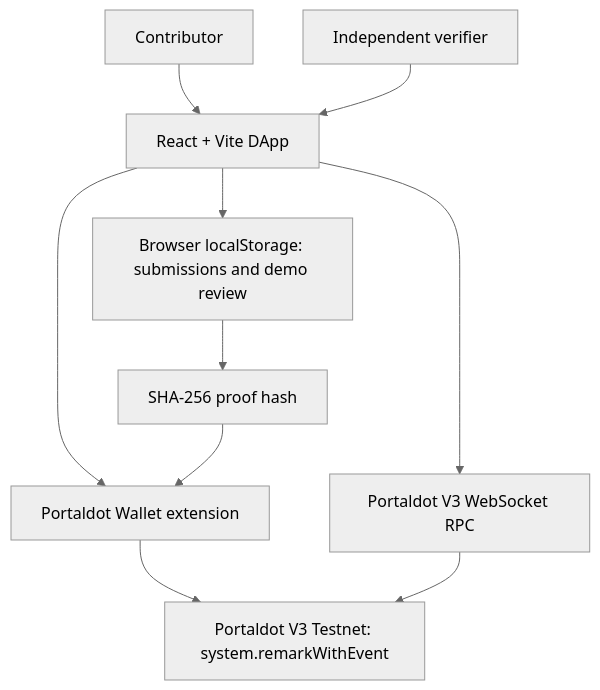
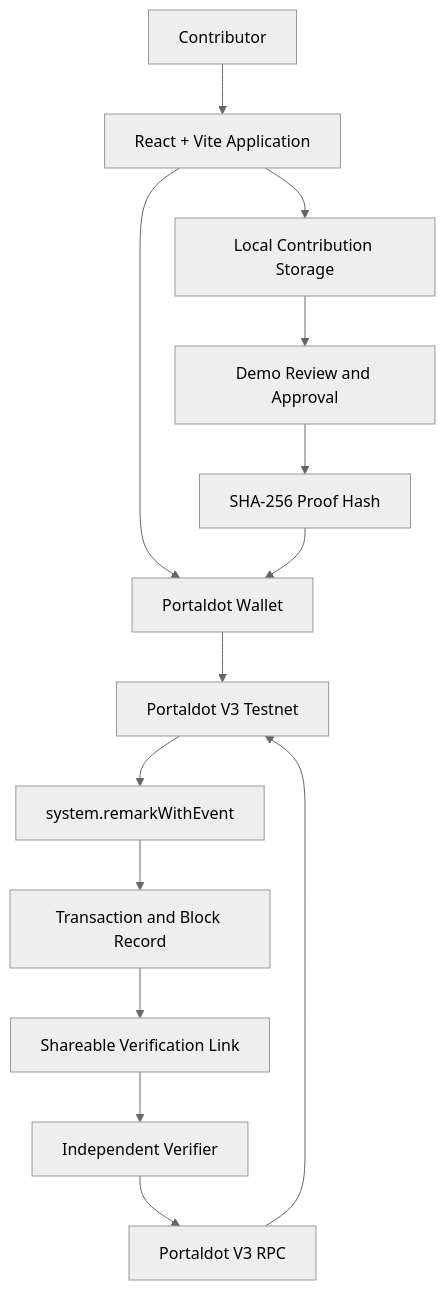
One commit to Qnam309/proof-of-contribution changed the first of 2 diagrams in README.md. Above: the diagram before and after it, drawn with Mermaid (neutral theme). The commit also changed other lines of this file and 1 other file, not shown here.

````diff
--- a/README.md
+++ b/README.md
@@ -32,12 +189,16 @@
 ```mermaid
 flowchart TD
-    A[Contributor] --> B[React + Vite DApp]
-    B --> C[Browser localStorage: submissions and demo review]
-    B --> D[Portaldot Wallet extension]
-    C --> E[SHA-256 proof hash]
-    E --> D
-    D --> F[Portaldot V3 Testnet: system.remarkWithEvent]
-    G[Independent verifier] --> B
-    B --> H[Portaldot V3 WebSocket RPC]
-    H --> F
+    A[Contributor] --> B[React + Vite Application]
+    B --> C[Portaldot Wallet]
+    B --> D[Local Contribution Storage]
+    D --> E[Demo Review and Approval]
+    E --> F[SHA-256 Proof Hash]
+    F --> C
+    C --> G[Portaldot V3 Testnet]
+    G --> H[system.remarkWithEvent]
+    H --> I[Transaction and Block Record]
+    I --> J[Shareable Verification Link]
+    J --> K[Independent Verifier]
+    K --> L[Portaldot V3 RPC]
+    L --> G
 ```
````
